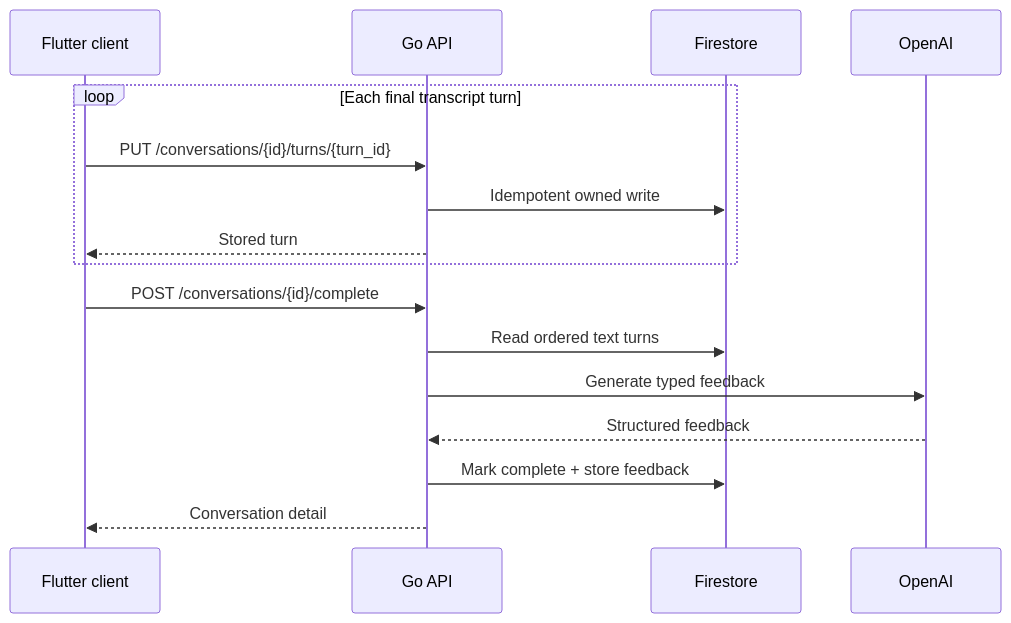
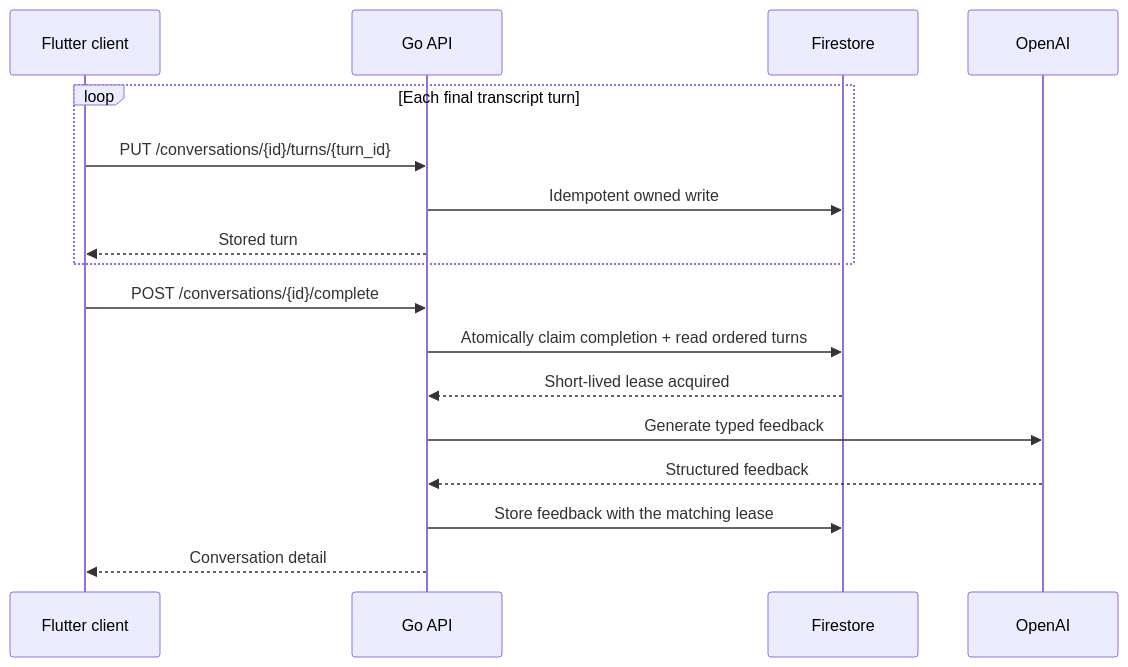
Before and after one commit to bielcarpi/nia: the third of 3 diagrams in docs/architecture.md, drawn with Mermaid. The commit also changed other lines of this file and 23 other files, not shown here.

````diff
--- a/docs/architecture.md
+++ b/docs/architecture.md
@@ -74,19 +82,20 @@
 ```mermaid
 sequenceDiagram
     participant C as Flutter client
     participant A as Go API
     participant D as Firestore
     participant O as OpenAI
 
     loop Each final transcript turn
         C->>A: PUT /conversations/{id}/turns/{turn_id}
         A->>D: Idempotent owned write
         A-->>C: Stored turn
     end
     C->>A: POST /conversations/{id}/complete
-    A->>D: Read ordered text turns
+    A->>D: Atomically claim completion + read ordered turns
+    D-->>A: Short-lived lease acquired
     A->>O: Generate typed feedback
     O-->>A: Structured feedback
-    A->>D: Mark complete + store feedback
+    A->>D: Store feedback with the matching lease
     A-->>C: Conversation detail
 ```
````
